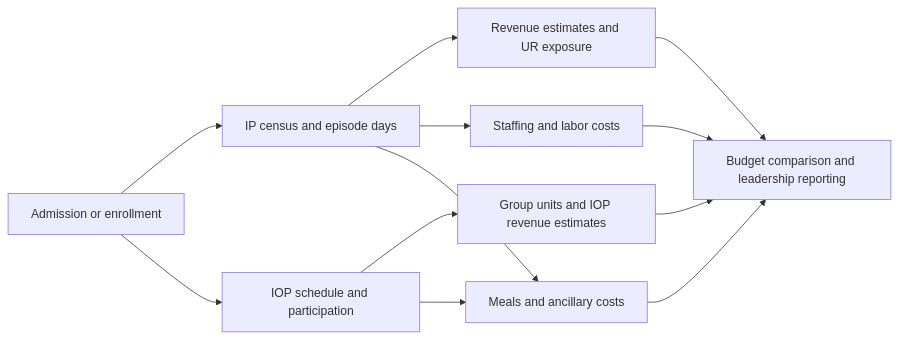
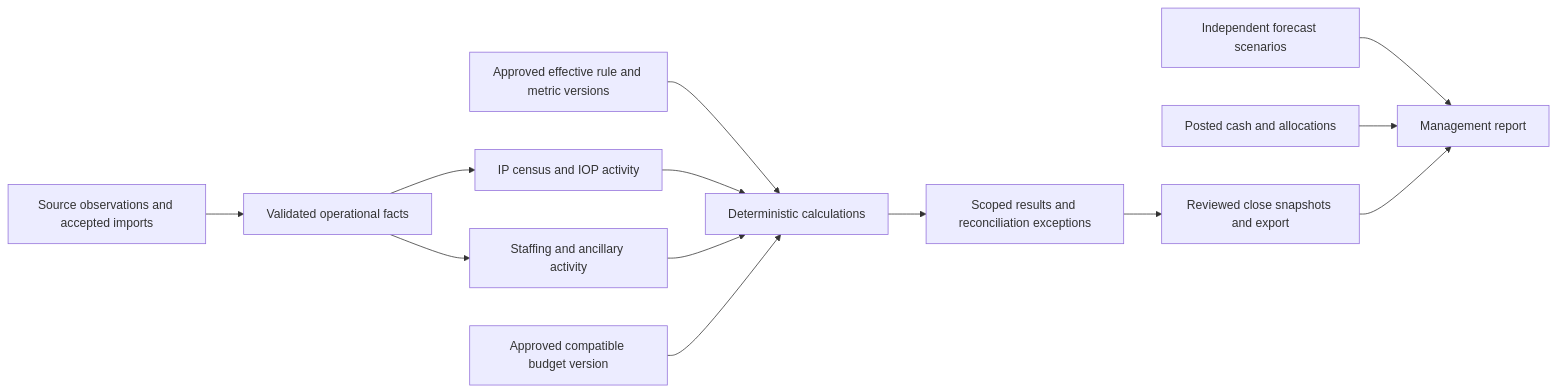
One commit to henrytylerhebert-eng/clarity-platform changed the diagram in docs/product/WORKBOOK_TO_PLATFORM_WORKFLOW_MAP.md. Above: the diagram before and after it, drawn with Mermaid. The commit also changed other lines of this file and 8 other files, not shown here.

````diff
--- a/docs/product/WORKBOOK_TO_PLATFORM_WORKFLOW_MAP.md
+++ b/docs/product/WORKBOOK_TO_PLATFORM_WORKFLOW_MAP.md
@@ -21,14 +61,15 @@
 ```mermaid
 flowchart LR
-  A[Admission or enrollment] --> B[IP census and episode days]
-  A --> C[IOP schedule and participation]
-  B --> D[Revenue estimates and UR exposure]
-  C --> E[Group units and IOP revenue estimates]
-  B --> F[Staffing and labor costs]
-  C --> G[Meals and ancillary costs]
-  B --> G
-  D --> H[Budget comparison and leadership reporting]
-  E --> H
-  F --> H
-  G --> H
+  S[Source observations and accepted imports] --> A[Validated operational facts]
+  A --> I[IP census and IOP activity]
+  A --> L[Staffing and ancillary activity]
+  R[Approved effective rule and metric versions] --> V[Deterministic calculations]
+  I --> V
+  L --> V
+  B[Approved compatible budget version] --> V
+  V --> E[Scoped results and reconciliation exceptions]
+  E --> C[Reviewed close snapshots and export]
+  F[Independent forecast scenarios] --> M[Management report]
+  P[Posted cash and allocations] --> M
+  C --> M
 ```
````
